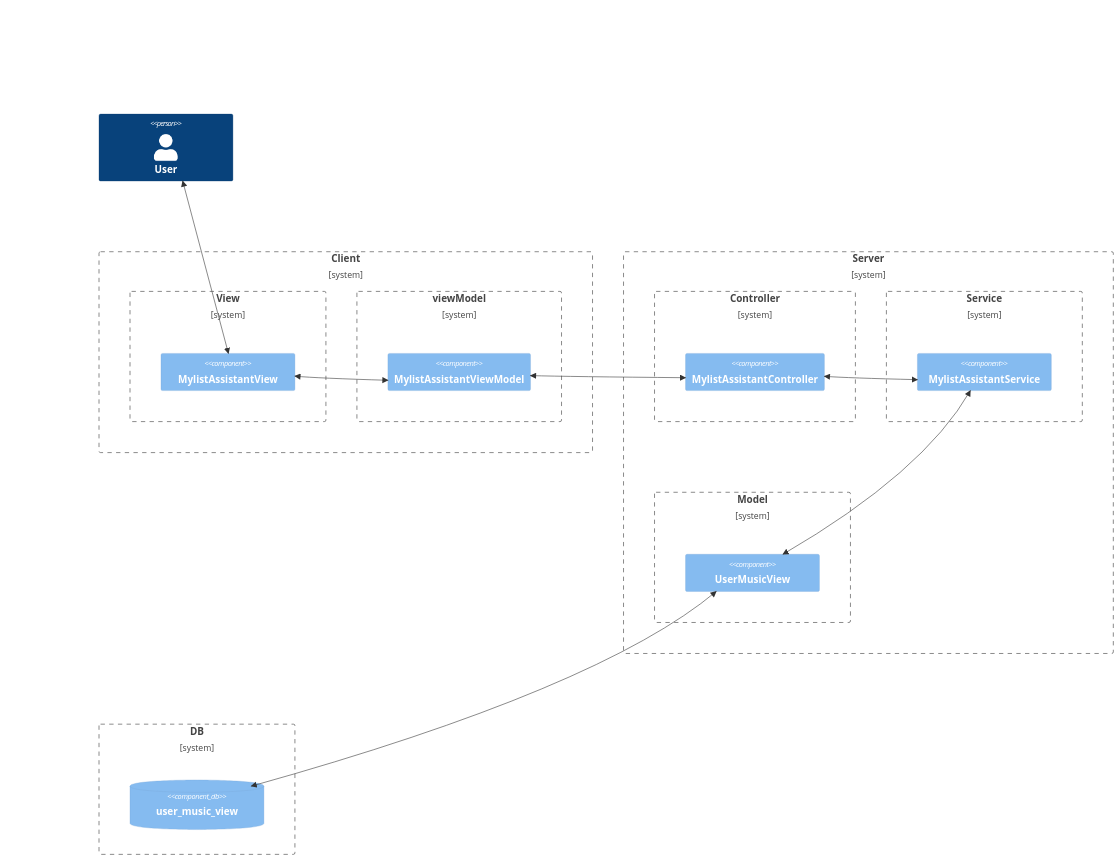
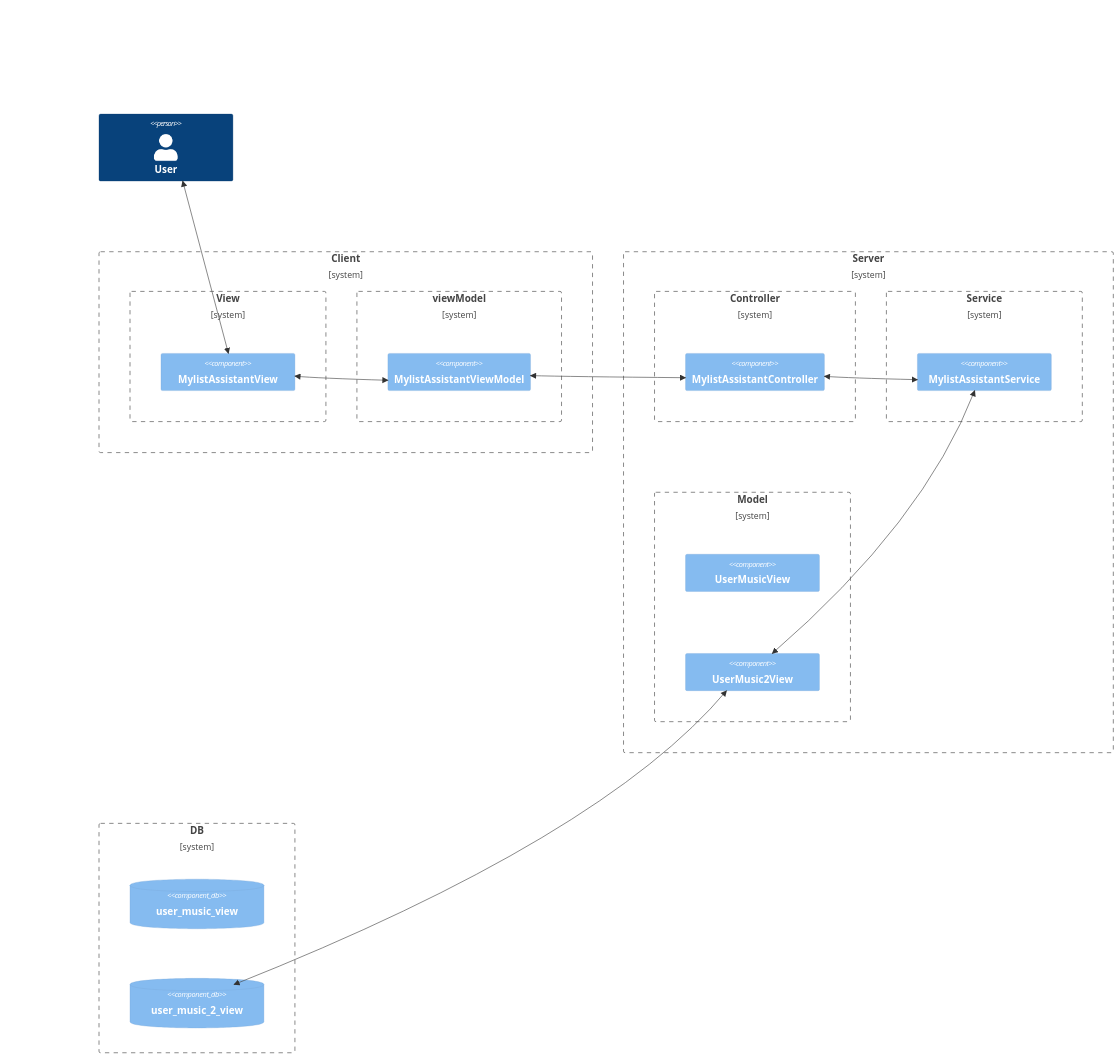
The third of 5 diagrams in Doc/MylistAssistant.md (PONzu-0529/ponzu0529-niconico), drawn with Mermaid before and after one commit. The commit also changed other lines of this file and 3 other files, not shown here.

Commit message:
Update MylistAssistant of Server

````diff
--- a/Doc/MylistAssistant.md
+++ b/Doc/MylistAssistant.md
@@ -45,36 +45,38 @@
 ```mermaid
 C4Context
     Person(user, "User")
 
     Boundary(client, "Client") {
         Boundary(view, "View") {
             Component(mylist-assistant, "MylistAssistantView")
         }
         Boundary(viewModel, "viewModel") {
             Component(mylist-assistant-view-model, "MylistAssistantViewModel")
         }
     }
 
     Boundary(server, "Server") {
         Boundary(controller, "Controller") {
             Component(mylist-assistant-controller, "MylistAssistantController")
         }
         Boundary(service, "Service") {
             Component(mylist-assistant-service, "MylistAssistantService")
         }
         Boundary(model, "Model") {
             Component(user-music-view, "UserMusicView")
+            Component(model-user_music_2_view, "UserMusic2View")
         }
     }
 
     Boundary(db, "DB") {
         ComponentDb(user_music_view, "user_music_view")
+        ComponentDb(db-user_music_2_view, "user_music_2_view")
     }
 
     BiRel(user, mylist-assistant, "")
     BiRel(mylist-assistant, mylist-assistant-view-model, "")
     BiRel(mylist-assistant-view-model, mylist-assistant-controller, "")
     BiRel(mylist-assistant-controller, mylist-assistant-service, "")
-    BiRel(mylist-assistant-service, user-music-view, "")
-    BiRel(user-music-view, user_music_view, "")
+    BiRel(mylist-assistant-service, model-user_music_2_view, "")
+    BiRel(model-user_music_2_view, db-user_music_2_view, "")
 ```
````
